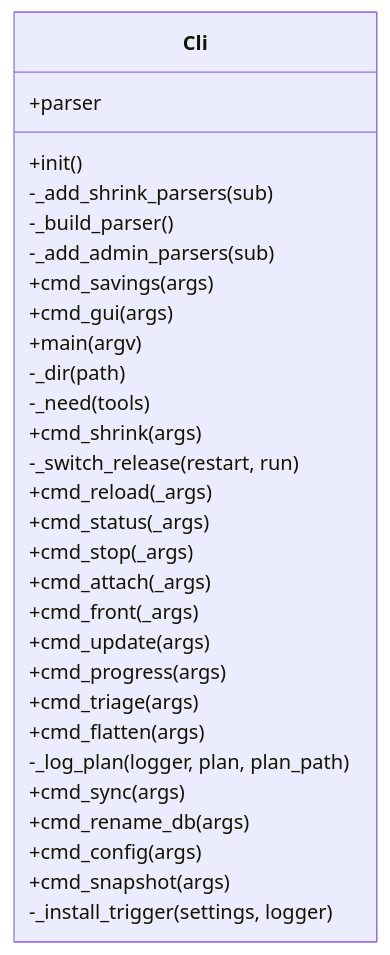
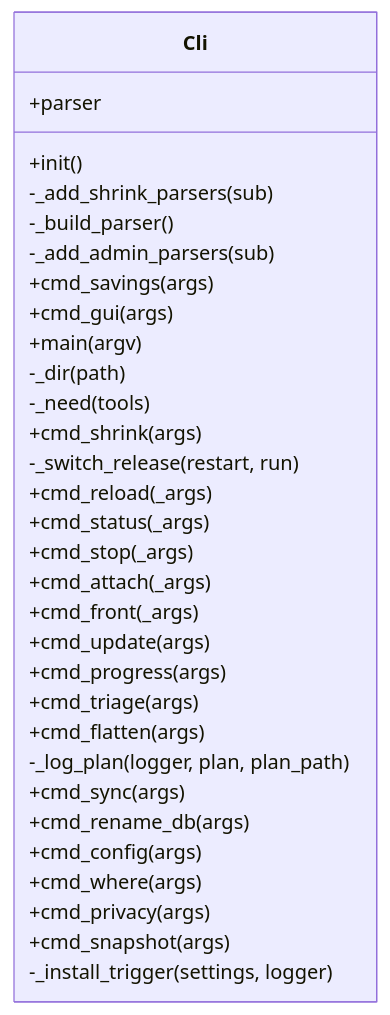
One commit to peddanet/mediatools changed the diagram in docs/img/uml_cli.mmd. Above: the diagram before and after it, drawn with Mermaid. The commit also changed 31 other files, not shown here.

```diff
--- a/docs/img/uml_cli.mmd
+++ b/docs/img/uml_cli.mmd
@@ -1,31 +1,33 @@
 classDiagram
   direction LR
   class Cli {
     +parser
     +init()
     -_add_shrink_parsers(sub)
     -_build_parser()
     -_add_admin_parsers(sub)
     +cmd_savings(args)
     +cmd_gui(args)
     +main(argv)
     -_dir(path)
     -_need(tools)
     +cmd_shrink(args)
     -_switch_release(restart, run)
     +cmd_reload(_args)
     +cmd_status(_args)
     +cmd_stop(_args)
     +cmd_attach(_args)
     +cmd_front(_args)
     +cmd_update(args)
     +cmd_progress(args)
     +cmd_triage(args)
     +cmd_flatten(args)
     -_log_plan(logger, plan, plan_path)
     +cmd_sync(args)
     +cmd_rename_db(args)
     +cmd_config(args)
+    +cmd_where(args)
+    +cmd_privacy(args)
     +cmd_snapshot(args)
     -_install_trigger(settings, logger)
   }
```
